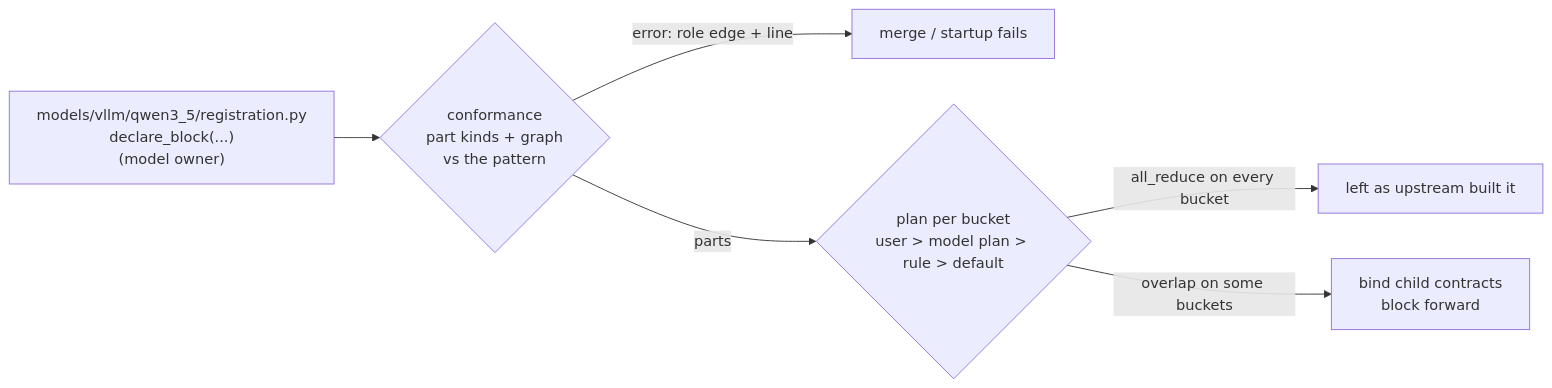
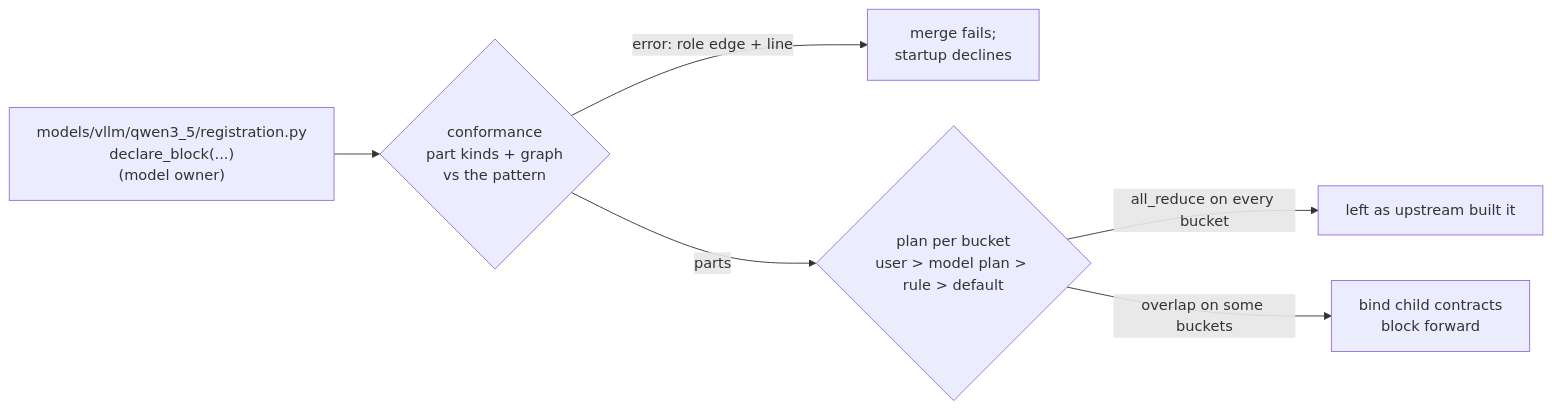
Before and after one commit to kyuyeunk/vllm-torchtpu: the diagram in prototype/README.md, drawn with Mermaid. The commit also changed other lines of this file, not shown here.

````diff
--- a/prototype/README.md
+++ b/prototype/README.md
@@ -38,8 +40,8 @@
 ```mermaid
 flowchart LR
   D["models/vllm/qwen3_5/registration.py<br/>declare_block(...)<br/>(model owner)"] --> C{"conformance<br/>part kinds + graph<br/>vs the pattern"}
-  C -->|error: role edge + line| X["merge / startup fails"]
+  C -->|error: role edge + line| X["merge fails;<br/>startup declines"]
   C -->|parts| R{"plan per bucket<br/>user > model plan > rule > default"}
   R -->|all_reduce on every bucket| U["left as upstream built it"]
   R -->|overlap on some buckets| B["bind child contracts<br/>block forward"]
 ```
````
